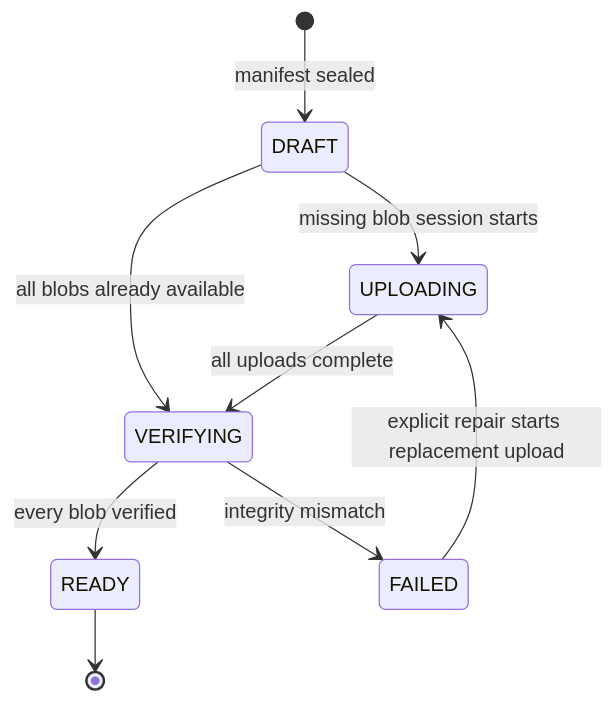
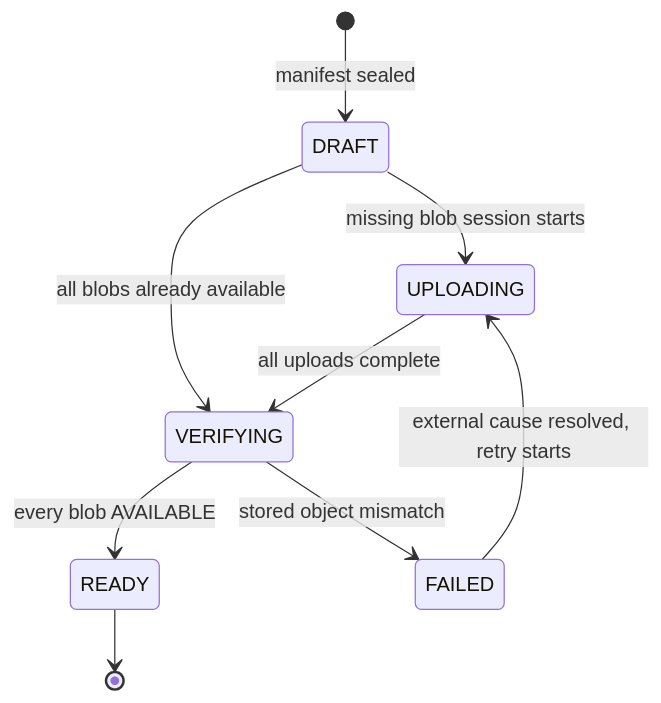
Before and after one commit to zbnerd/RoboLake: the second of 4 diagrams in docs/ARCHITECTURE_V0_1.md, drawn with Mermaid. The commit also changed other lines of this file and 91 other files, not shown here.

````diff
--- a/docs/ARCHITECTURE_V0_1.md
+++ b/docs/ARCHITECTURE_V0_1.md
@@ -286,11 +287,11 @@
 ```mermaid
 stateDiagram-v2
     [*] --> DRAFT: manifest sealed
     DRAFT --> UPLOADING: missing blob session starts
     DRAFT --> VERIFYING: all blobs already available
     UPLOADING --> VERIFYING: all uploads complete
-    VERIFYING --> READY: every blob verified
-    VERIFYING --> FAILED: integrity mismatch
-    FAILED --> UPLOADING: explicit repair starts replacement upload
+    VERIFYING --> READY: every blob AVAILABLE
+    VERIFYING --> FAILED: stored object mismatch
+    FAILED --> UPLOADING: external cause resolved, retry starts
     READY --> [*]
 ```
````
